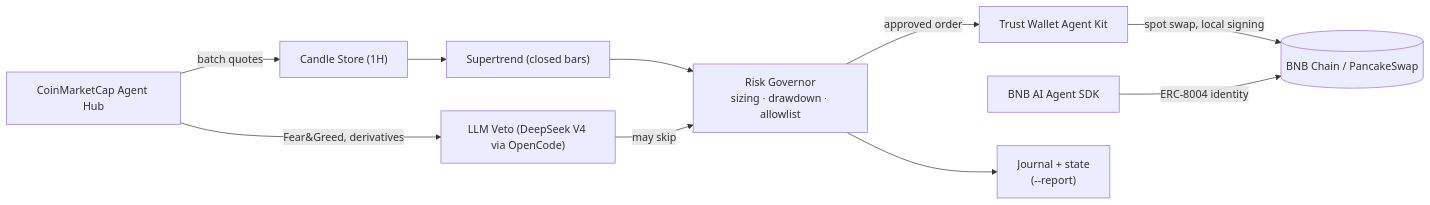
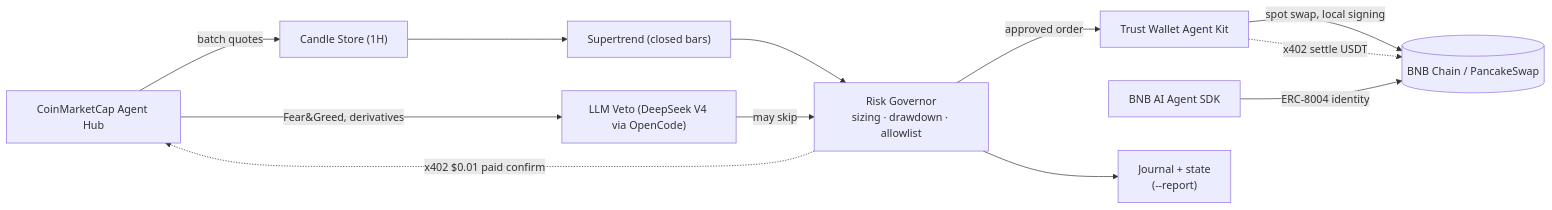
The diagram in README.md (siredwinm/fidukat-trading-bot), drawn with Mermaid before and after one commit. The commit also changed other lines of this file and 2 other files, not shown here.

````diff
--- a/README.md
+++ b/README.md
@@ -191,12 +192,14 @@
 ```mermaid
 flowchart LR
     CMC["CoinMarketCap Agent Hub"] -->|batch quotes| CS["Candle Store (1H)"]
     CMC -->|Fear&Greed, derivatives| V["LLM Veto (DeepSeek V4 via OpenCode)"]
     CS --> SIG["Supertrend (closed bars)"]
     SIG --> GOV["Risk Governor<br/>sizing · drawdown · allowlist"]
     V -->|may skip| GOV
+    GOV -.->|x402 $0.01 paid confirm| CMC
     GOV -->|approved order| TWAK["Trust Wallet Agent Kit"]
     TWAK -->|spot swap, local signing| BSC[("BNB Chain / PancakeSwap")]
+    TWAK -.->|x402 settle USDT| BSC
     SDK["BNB AI Agent SDK"] -->|ERC-8004 identity| BSC
     GOV --> J["Journal + state<br/>(--report)"]
 ```
````
